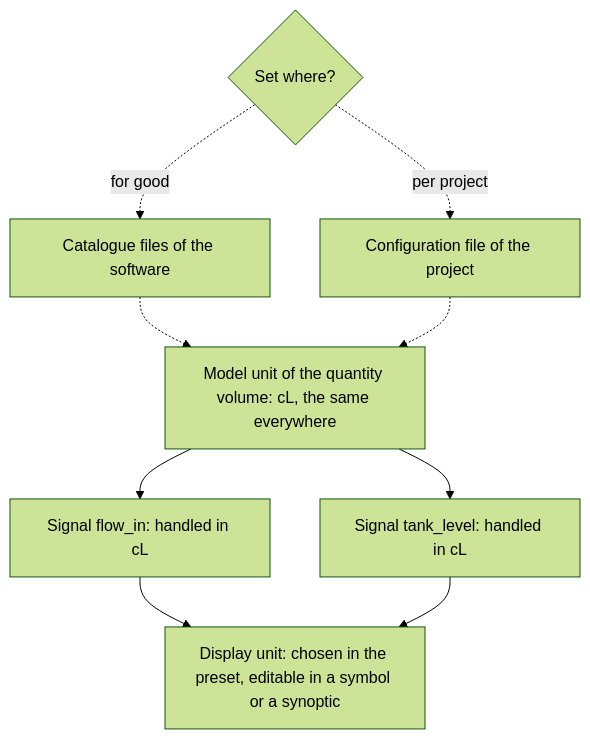
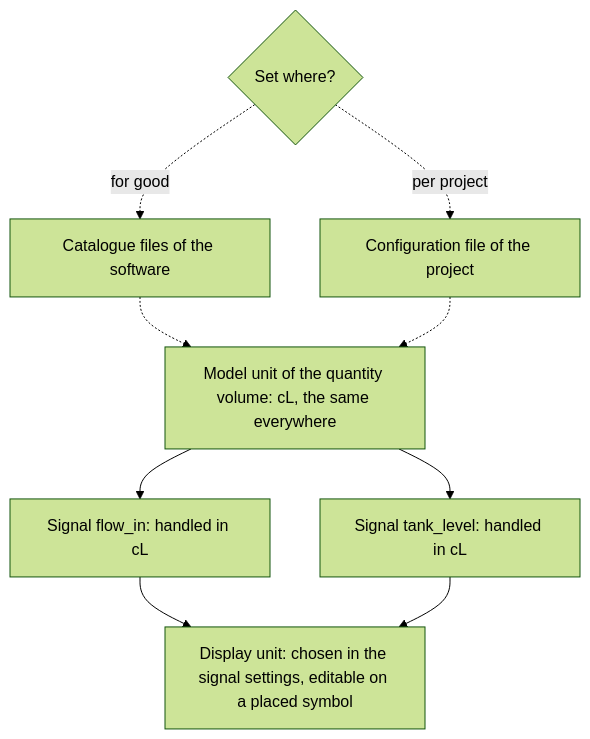
Diagram 28 of 50 in metadata/draft.md (AlexandreGallais/synoptic-studio-spec), drawn with Mermaid (forest theme) before and after one commit. The commit also changed other lines of this file and 65 other files, not shown here.

````diff
--- a/metadata/draft.md
+++ b/metadata/draft.md
@@ -718,11 +718,11 @@
 ```mermaid
 flowchart TD
     C["Model unit of the quantity volume: cL, the same everywhere"] --> P1["Signal flow_in: handled in cL"]
     C --> P2["Signal tank_level: handled in cL"]
     W{"Set where?"} -.->|"for good"| CAT["Catalogue files of the software"]
     W -.->|"per project"| PRJ["Configuration file of the project"]
     CAT -.-> C
     PRJ -.-> C
-    P1 --> D["Display unit: chosen in the preset, editable in a symbol or a synoptic"]
+    P1 --> D["Display unit: chosen in the signal settings, editable on a placed symbol"]
     P2 --> D
 ```
````
